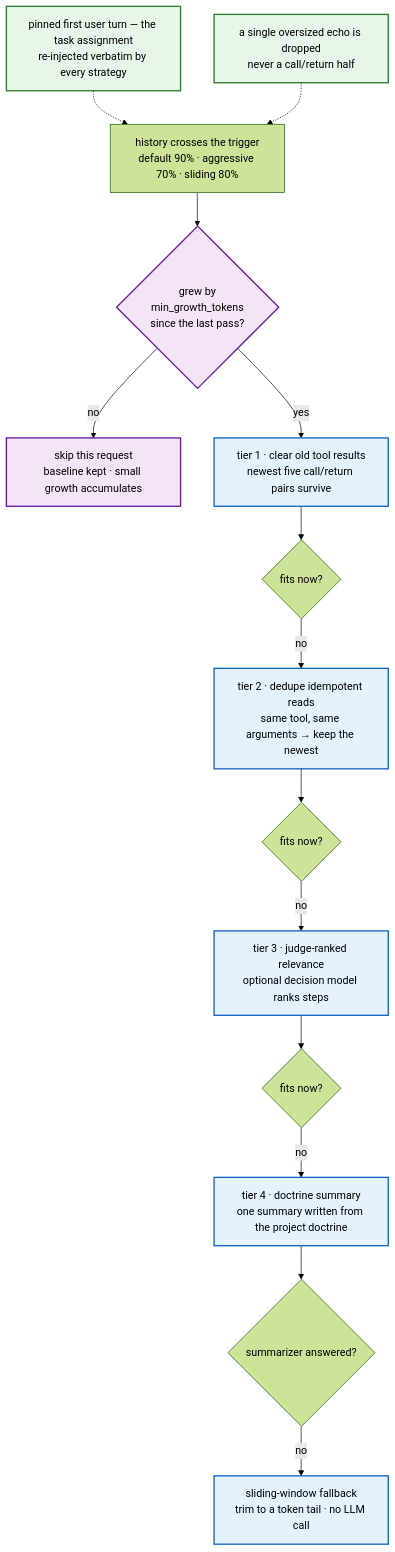
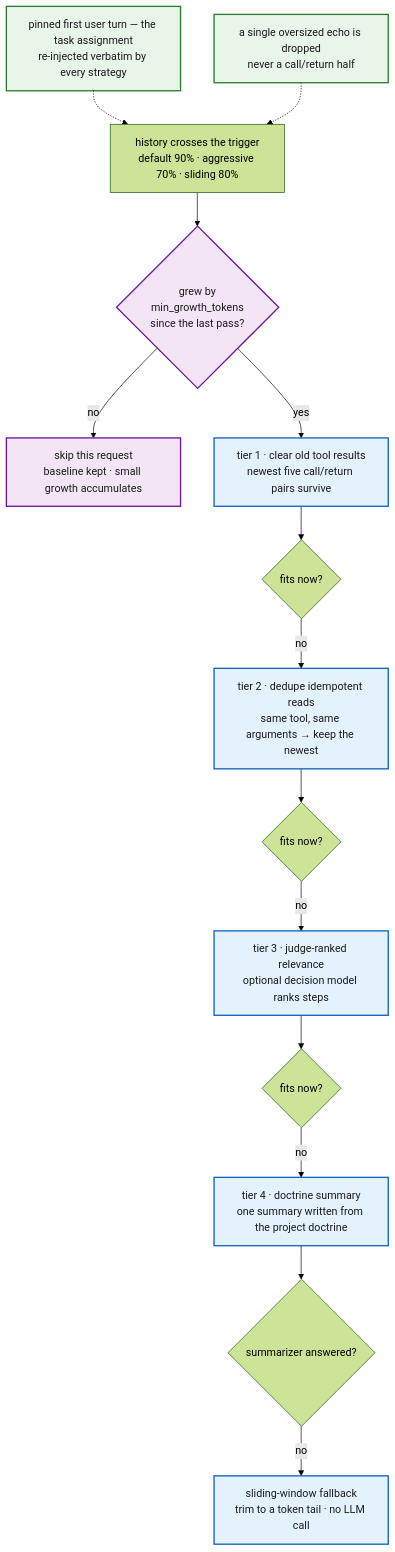
The fifth of 6 diagrams in docs/architecture/agentic-layer.md (jr2804/kompend), drawn with Mermaid (forest theme) before and after one commit. The commit also changed other lines of this file and 3 other files, not shown here.

First line of the commit message:
📝 docs(architecture): clarify agentic task execution shapes

````diff
--- a/docs/architecture/agentic-layer.md
+++ b/docs/architecture/agentic-layer.md
@@ -191,25 +209,25 @@
 ```mermaid
 flowchart TD
-    classDef gate fill:#f3e5f5,stroke:#6a1b9a,stroke-width:2px
-    classDef tier fill:#e3f2fd,stroke:#1565c0,stroke-width:2px
-    classDef safe fill:#e8f5e9,stroke:#2e7d32,stroke-width:2px
+    classDef gate fill:#f3e5f5,stroke:#6a1b9a,stroke-width:2px,color:#1B1B1B
+    classDef tier fill:#e3f2fd,stroke:#1565c0,stroke-width:2px,color:#1B1B1B
+    classDef safe fill:#e8f5e9,stroke:#2e7d32,stroke-width:2px,color:#1B1B1B
 
     TRIG["history crosses the trigger<br/>default 90% · aggressive 70% · sliding 80%"] --> GROW{"grew by<br/>min_growth_tokens<br/>since the last pass?"}
     GROW -- "no" --> SKIP["skip this request<br/>baseline kept · small growth accumulates"]
     GROW -- "yes" --> T1["tier 1 · clear old tool results<br/>newest five call/return pairs survive"]
     T1 --> F1{"fits now?"}
     F1 -- "no" --> T2["tier 2 · dedupe idempotent reads<br/>same tool, same arguments → keep the newest"]
     T2 --> F2{"fits now?"}
     F2 -- "no" --> T3["tier 3 · judge-ranked relevance<br/>optional decision model ranks steps"]
     T3 --> F3{"fits now?"}
     F3 -- "no" --> T4["tier 4 · doctrine summary<br/>one summary written from the project doctrine"]
     T4 --> SOK{"summarizer answered?"}
     SOK -- "no" --> SLIDE["sliding-window fallback<br/>trim to a token tail · no LLM call"]
 
     PIN["pinned first user turn — the task assignment<br/>re-injected verbatim by every strategy"] -.-> TRIG
     ECHO["a single oversized echo is dropped<br/>never a call/return half"] -.-> TRIG
 
     class GROW,SKIP gate
     class T1,T2,T3,T4,SLIDE tier
     class PIN,ECHO safe
 ```
````
